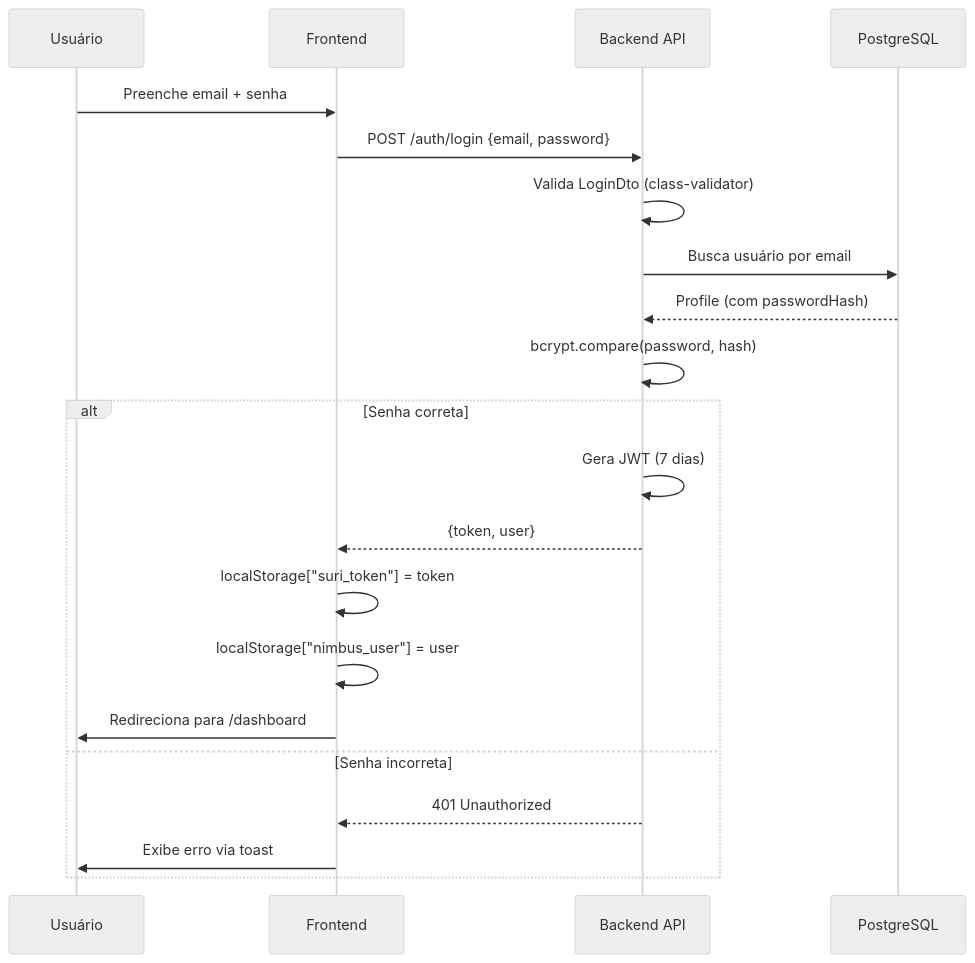
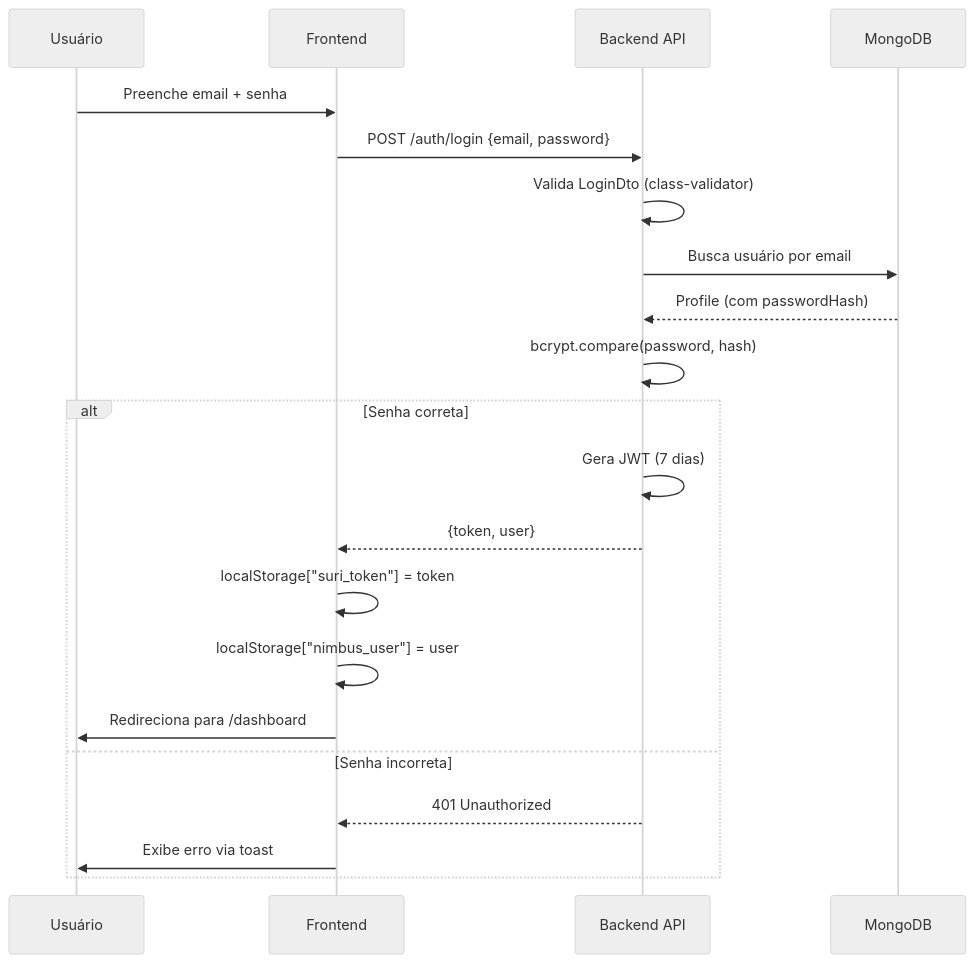
Before and after one commit to weldercriss/universidade-suri: the fifth of 5 diagrams in backend/docs/architecture.md, drawn with Mermaid (neutral theme). The commit also changed other lines of this file and 6 other files, not shown here.

````diff
--- a/backend/docs/architecture.md
+++ b/backend/docs/architecture.md
@@ -367,24 +367,24 @@
 ```mermaid
 sequenceDiagram
     participant U as Usuário
     participant F as Frontend
     participant B as Backend API
-    participant DB as PostgreSQL
+    participant DB as MongoDB
 
     U->>F: Preenche email + senha
     F->>B: POST /auth/login {email, password}
     B->>B: Valida LoginDto (class-validator)
     B->>DB: Busca usuário por email
     DB-->>B: Profile (com passwordHash)
     B->>B: bcrypt.compare(password, hash)
     alt Senha correta
         B->>B: Gera JWT (7 dias)
         B-->>F: {token, user}
         F->>F: localStorage["suri_token"] = token
         F->>F: localStorage["nimbus_user"] = user
         F->>U: Redireciona para /dashboard
     else Senha incorreta
         B-->>F: 401 Unauthorized
         F->>U: Exibe erro via toast
     end
 ```
````
